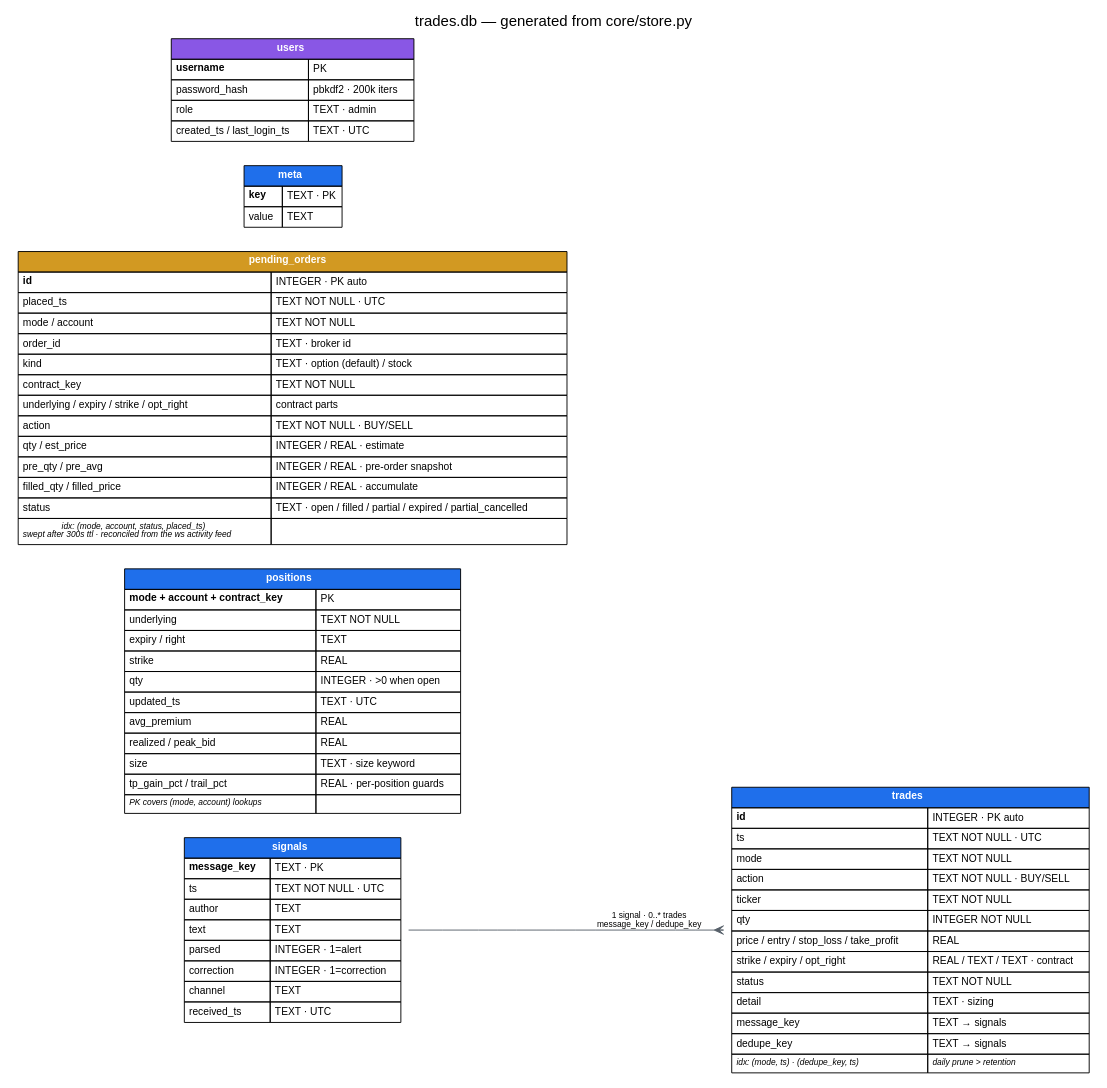
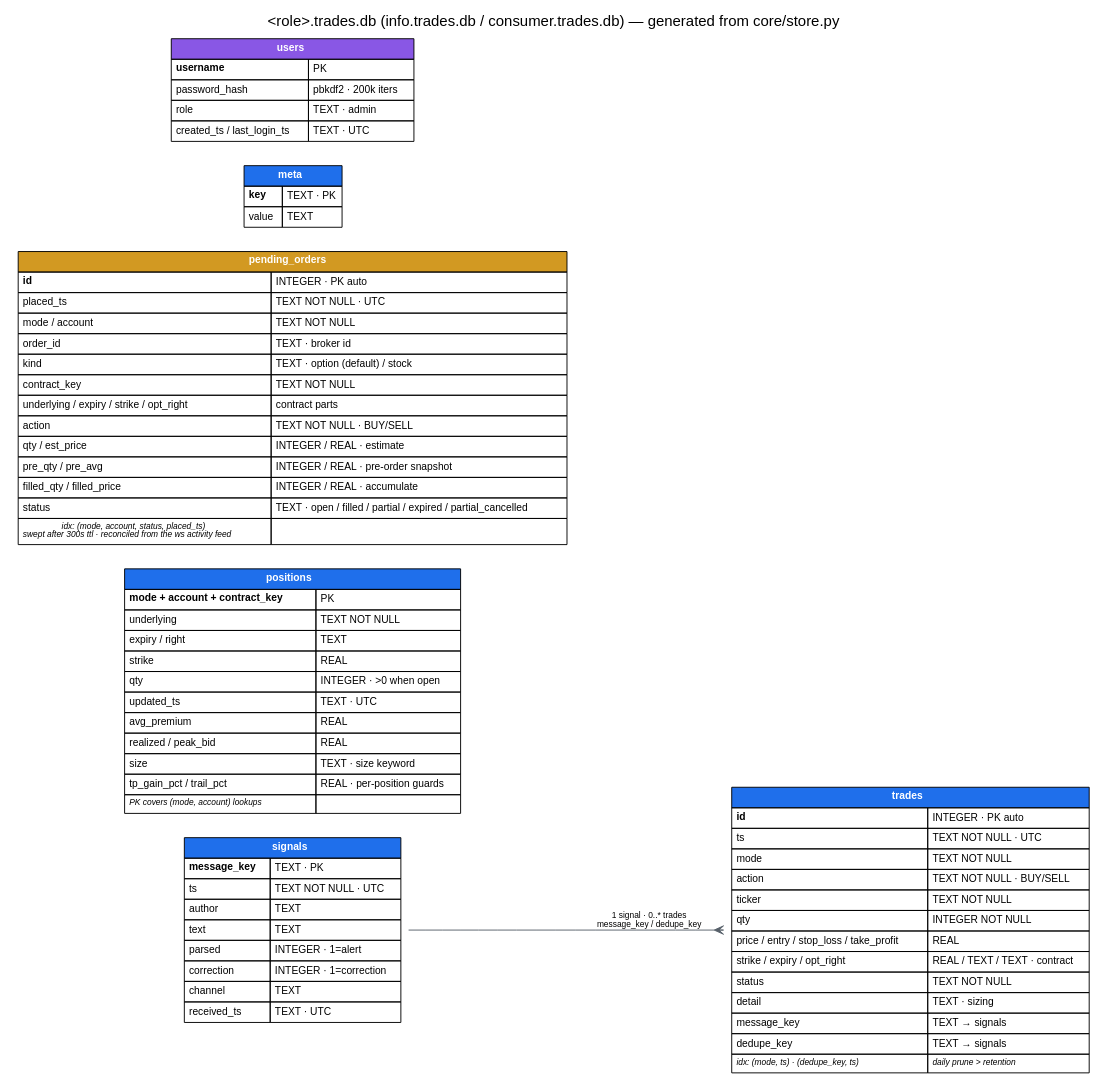
The diagram in docs/db_schema.dot (siicosmos/ws-trade-bot), drawn with Graphviz before and after one commit. The commit also changed 10 other files, not shown here.

```diff
--- a/docs/db_schema.dot
+++ b/docs/db_schema.dot
@@ -1,92 +1,92 @@
-// ws-trade-bot trades.db schema - render with:
+// ws-trade-bot per-role trades db schema - render with:
 //   dot -Tpng -o docs/db_schema.png docs/db_schema.dot
 digraph db_schema {
   rankdir=LR;
-  graph [fontname="Helvetica", label="trades.db — generated from core/store.py", labelloc=t, fontsize=16];
+  graph [fontname="Helvetica", label="<role>.trades.db (info.trades.db / consumer.trades.db) — generated from core/store.py", labelloc=t, fontsize=16];
   node [shape=plaintext, fontname="Helvetica", fontsize=11];
   edge [color="#57606a", fontname="Helvetica", fontsize=9];
 
   signals [label=<
     <TABLE BORDER="0" CELLBORDER="1" CELLSPACING="0" CELLPADDING="4" BGCOLOR="white">
       <TR><TD BGCOLOR="#1f6feb" COLSPAN="2"><FONT COLOR="white"><B>signals</B></FONT></TD></TR>
       <TR><TD ALIGN="LEFT"><B>message_key</B></TD><TD ALIGN="LEFT">TEXT · PK</TD></TR>
       <TR><TD ALIGN="LEFT">ts</TD><TD ALIGN="LEFT">TEXT NOT NULL · UTC</TD></TR>
       <TR><TD ALIGN="LEFT">author</TD><TD ALIGN="LEFT">TEXT</TD></TR>
       <TR><TD ALIGN="LEFT">text</TD><TD ALIGN="LEFT">TEXT</TD></TR>
       <TR><TD ALIGN="LEFT">parsed</TD><TD ALIGN="LEFT">INTEGER · 1=alert</TD></TR>
       <TR><TD ALIGN="LEFT">correction</TD><TD ALIGN="LEFT">INTEGER · 1=correction</TD></TR>
       <TR><TD ALIGN="LEFT">channel</TD><TD ALIGN="LEFT">TEXT</TD></TR>
       <TR><TD ALIGN="LEFT">received_ts</TD><TD ALIGN="LEFT">TEXT · UTC</TD></TR>
     </TABLE>>];
 
   trades [label=<
     <TABLE BORDER="0" CELLBORDER="1" CELLSPACING="0" CELLPADDING="4" BGCOLOR="white">
       <TR><TD BGCOLOR="#1f6feb" COLSPAN="2"><FONT COLOR="white"><B>trades</B></FONT></TD></TR>
       <TR><TD ALIGN="LEFT"><B>id</B></TD><TD ALIGN="LEFT">INTEGER · PK auto</TD></TR>
       <TR><TD ALIGN="LEFT">ts</TD><TD ALIGN="LEFT">TEXT NOT NULL · UTC</TD></TR>
       <TR><TD ALIGN="LEFT">mode</TD><TD ALIGN="LEFT">TEXT NOT NULL</TD></TR>
       <TR><TD ALIGN="LEFT">action</TD><TD ALIGN="LEFT">TEXT NOT NULL · BUY/SELL</TD></TR>
       <TR><TD ALIGN="LEFT">ticker</TD><TD ALIGN="LEFT">TEXT NOT NULL</TD></TR>
       <TR><TD ALIGN="LEFT">qty</TD><TD ALIGN="LEFT">INTEGER NOT NULL</TD></TR>
       <TR><TD ALIGN="LEFT">price / entry / stop_loss / take_profit</TD><TD ALIGN="LEFT">REAL</TD></TR>
       <TR><TD ALIGN="LEFT">strike / expiry / opt_right</TD><TD ALIGN="LEFT">REAL / TEXT / TEXT · contract</TD></TR>
       <TR><TD ALIGN="LEFT">status</TD><TD ALIGN="LEFT">TEXT NOT NULL</TD></TR>
       <TR><TD ALIGN="LEFT">detail</TD><TD ALIGN="LEFT">TEXT · sizing</TD></TR>
       <TR><TD ALIGN="LEFT">message_key</TD><TD ALIGN="LEFT">TEXT → signals</TD></TR>
       <TR><TD ALIGN="LEFT">dedupe_key</TD><TD ALIGN="LEFT">TEXT → signals</TD></TR>
       <TR><TD ALIGN="LEFT"><FONT POINT-SIZE="9"><I>idx: (mode, ts) · (dedupe_key, ts)</I></FONT></TD><TD ALIGN="LEFT"><FONT POINT-SIZE="9"><I>daily prune &gt; retention</I></FONT></TD></TR>
     </TABLE>>];
 
   positions [label=<
     <TABLE BORDER="0" CELLBORDER="1" CELLSPACING="0" CELLPADDING="4" BGCOLOR="white">
       <TR><TD BGCOLOR="#1f6feb" COLSPAN="2"><FONT COLOR="white"><B>positions</B></FONT></TD></TR>
       <TR><TD ALIGN="LEFT"><B>mode + account + contract_key</B></TD><TD ALIGN="LEFT">PK</TD></TR>
       <TR><TD ALIGN="LEFT">underlying</TD><TD ALIGN="LEFT">TEXT NOT NULL</TD></TR>
       <TR><TD ALIGN="LEFT">expiry / right</TD><TD ALIGN="LEFT">TEXT</TD></TR>
       <TR><TD ALIGN="LEFT">strike</TD><TD ALIGN="LEFT">REAL</TD></TR>
       <TR><TD ALIGN="LEFT">qty</TD><TD ALIGN="LEFT">INTEGER · &gt;0 when open</TD></TR>
       <TR><TD ALIGN="LEFT">updated_ts</TD><TD ALIGN="LEFT">TEXT · UTC</TD></TR>
       <TR><TD ALIGN="LEFT">avg_premium</TD><TD ALIGN="LEFT">REAL</TD></TR>
       <TR><TD ALIGN="LEFT">realized / peak_bid</TD><TD ALIGN="LEFT">REAL</TD></TR>
       <TR><TD ALIGN="LEFT">size</TD><TD ALIGN="LEFT">TEXT · size keyword</TD></TR>
       <TR><TD ALIGN="LEFT">tp_gain_pct / trail_pct</TD><TD ALIGN="LEFT">REAL · per-position guards</TD></TR>
       <TR><TD ALIGN="LEFT"><FONT POINT-SIZE="9"><I>PK covers (mode, account) lookups</I></FONT></TD><TD ALIGN="LEFT"></TD></TR>
     </TABLE>>];
 
   pending_orders [label=<
     <TABLE BORDER="0" CELLBORDER="1" CELLSPACING="0" CELLPADDING="4" BGCOLOR="white">
       <TR><TD BGCOLOR="#d29922" COLSPAN="2"><FONT COLOR="white"><B>pending_orders</B></FONT></TD></TR>
       <TR><TD ALIGN="LEFT"><B>id</B></TD><TD ALIGN="LEFT">INTEGER · PK auto</TD></TR>
       <TR><TD ALIGN="LEFT">placed_ts</TD><TD ALIGN="LEFT">TEXT NOT NULL · UTC</TD></TR>
       <TR><TD ALIGN="LEFT">mode / account</TD><TD ALIGN="LEFT">TEXT NOT NULL</TD></TR>
       <TR><TD ALIGN="LEFT">order_id</TD><TD ALIGN="LEFT">TEXT · broker id</TD></TR>
       <TR><TD ALIGN="LEFT">kind</TD><TD ALIGN="LEFT">TEXT · option (default) / stock</TD></TR>
       <TR><TD ALIGN="LEFT">contract_key</TD><TD ALIGN="LEFT">TEXT NOT NULL</TD></TR>
       <TR><TD ALIGN="LEFT">underlying / expiry / strike / opt_right</TD><TD ALIGN="LEFT">contract parts</TD></TR>
       <TR><TD ALIGN="LEFT">action</TD><TD ALIGN="LEFT">TEXT NOT NULL · BUY/SELL</TD></TR>
       <TR><TD ALIGN="LEFT">qty / est_price</TD><TD ALIGN="LEFT">INTEGER / REAL · estimate</TD></TR>
       <TR><TD ALIGN="LEFT">pre_qty / pre_avg</TD><TD ALIGN="LEFT">INTEGER / REAL · pre-order snapshot</TD></TR>
       <TR><TD ALIGN="LEFT">filled_qty / filled_price</TD><TD ALIGN="LEFT">INTEGER / REAL · accumulate</TD></TR>
       <TR><TD ALIGN="LEFT">status</TD><TD ALIGN="LEFT">TEXT · open / filled / partial / expired / partial_cancelled</TD></TR>
       <TR><TD ALIGN="LEFT"><FONT POINT-SIZE="9"><I>idx: (mode, account, status, placed_ts)</I></FONT><BR/><FONT POINT-SIZE="9"><I>swept after 300s ttl · reconciled from the ws activity feed</I></FONT></TD><TD ALIGN="LEFT"></TD></TR>
     </TABLE>>];
 
   meta [label=<
     <TABLE BORDER="0" CELLBORDER="1" CELLSPACING="0" CELLPADDING="4" BGCOLOR="white">
       <TR><TD BGCOLOR="#1f6feb" COLSPAN="2"><FONT COLOR="white"><B>meta</B></FONT></TD></TR>
       <TR><TD ALIGN="LEFT"><B>key</B></TD><TD ALIGN="LEFT">TEXT · PK</TD></TR>
       <TR><TD ALIGN="LEFT">value</TD><TD ALIGN="LEFT">TEXT</TD></TR>
     </TABLE>>];
 
   users [label=<
     <TABLE BORDER="0" CELLBORDER="1" CELLSPACING="0" CELLPADDING="4" BGCOLOR="white">
       <TR><TD BGCOLOR="#8957e5" COLSPAN="2"><FONT COLOR="white"><B>users</B></FONT></TD></TR>
       <TR><TD ALIGN="LEFT"><B>username</B></TD><TD ALIGN="LEFT">PK</TD></TR>
       <TR><TD ALIGN="LEFT">password_hash</TD><TD ALIGN="LEFT">pbkdf2 · 200k iters</TD></TR>
       <TR><TD ALIGN="LEFT">role</TD><TD ALIGN="LEFT">TEXT · admin</TD></TR>
       <TR><TD ALIGN="LEFT">created_ts / last_login_ts</TD><TD ALIGN="LEFT">TEXT · UTC</TD></TR>
     </TABLE>>];
 
   signals -> trades [arrowhead=crow, arrowtail=none, dir=both,
     label="1 signal · 0..* trades\nmessage_key / dedupe_key"];
 }
```
